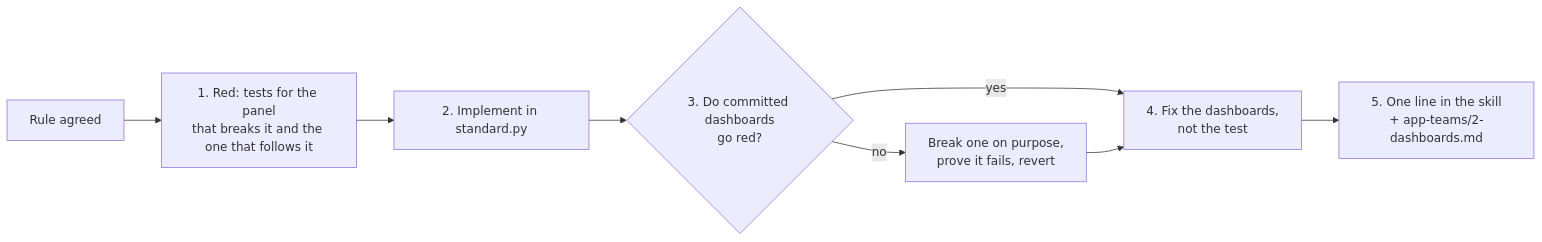
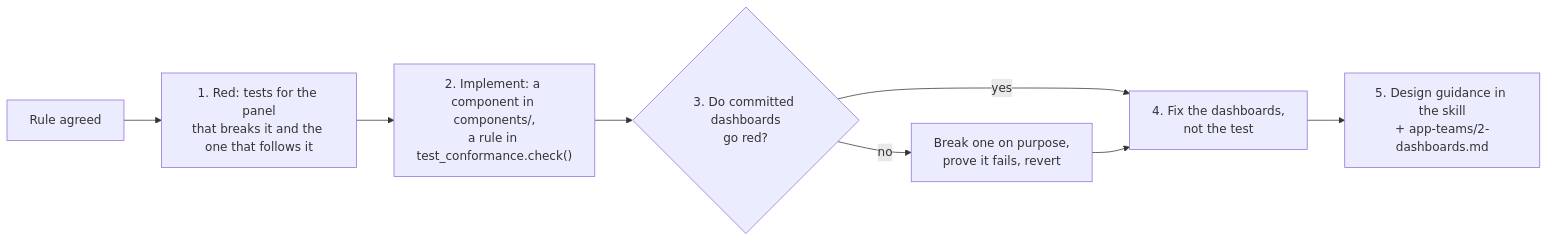
One commit to seanjin97/hack-multi-cluster-openshift-observability changed the second of 2 diagrams in doc/platform/extend.md. Above: the diagram before and after it, drawn with Mermaid. The commit also changed other lines of this file and 30 other files, not shown here.

First line of the commit message:
split dashboard standard into a component library and conformance tests

````diff
--- a/doc/platform/extend.md
+++ b/doc/platform/extend.md
@@ -19,10 +40,10 @@
 ```mermaid
 flowchart LR
   r[Rule agreed] --> t["1. Red: tests for the panel<br/>that breaks it and the one that follows it"]
-  t --> i[2. Implement in standard.py]
+  t --> i["2. Implement: a component in components/,<br/>a rule in test_conformance.check()"]
   i --> c{"3. Do committed dashboards<br/>go red?"}
   c -- yes --> f[4. Fix the dashboards,<br/>not the test]
   c -- no --> m[Break one on purpose,<br/>prove it fails, revert]
   m --> f
-  f --> d["5. One line in the skill<br/>+ app-teams/2-dashboards.md"]
+  f --> d["5. Design guidance in the skill<br/>+ app-teams/2-dashboards.md"]
 ```
````
